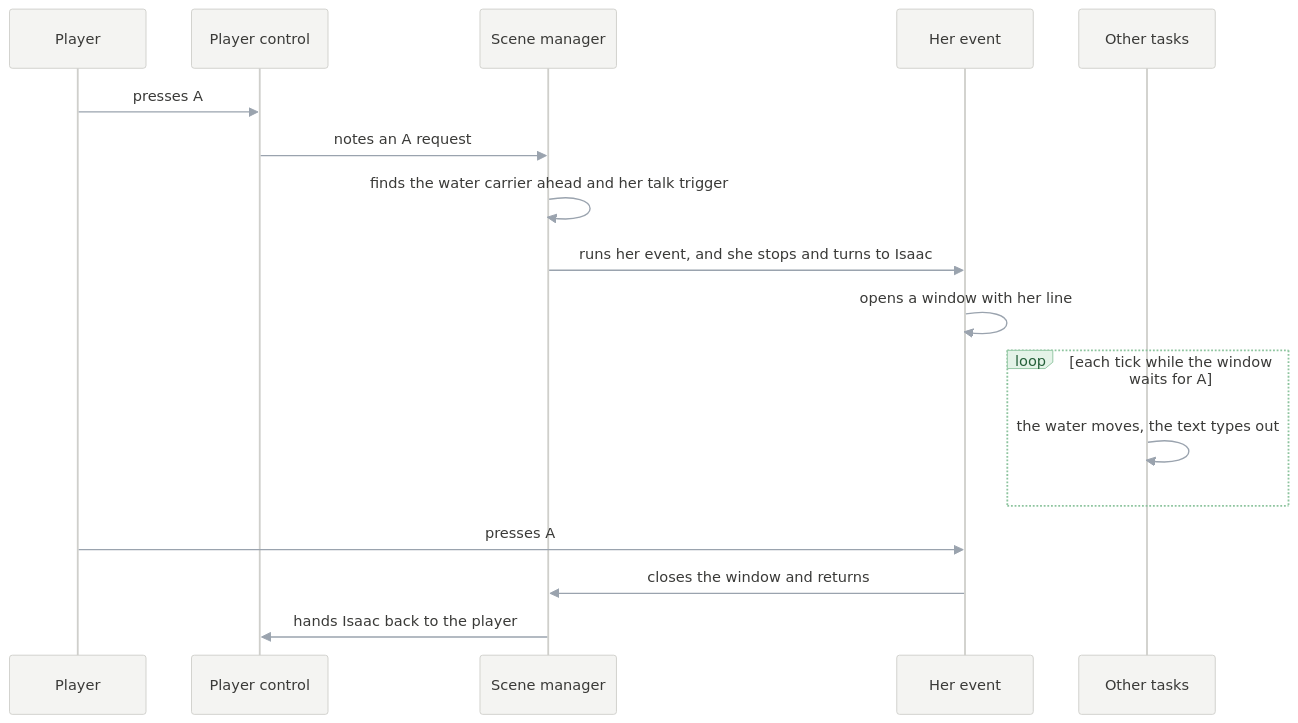
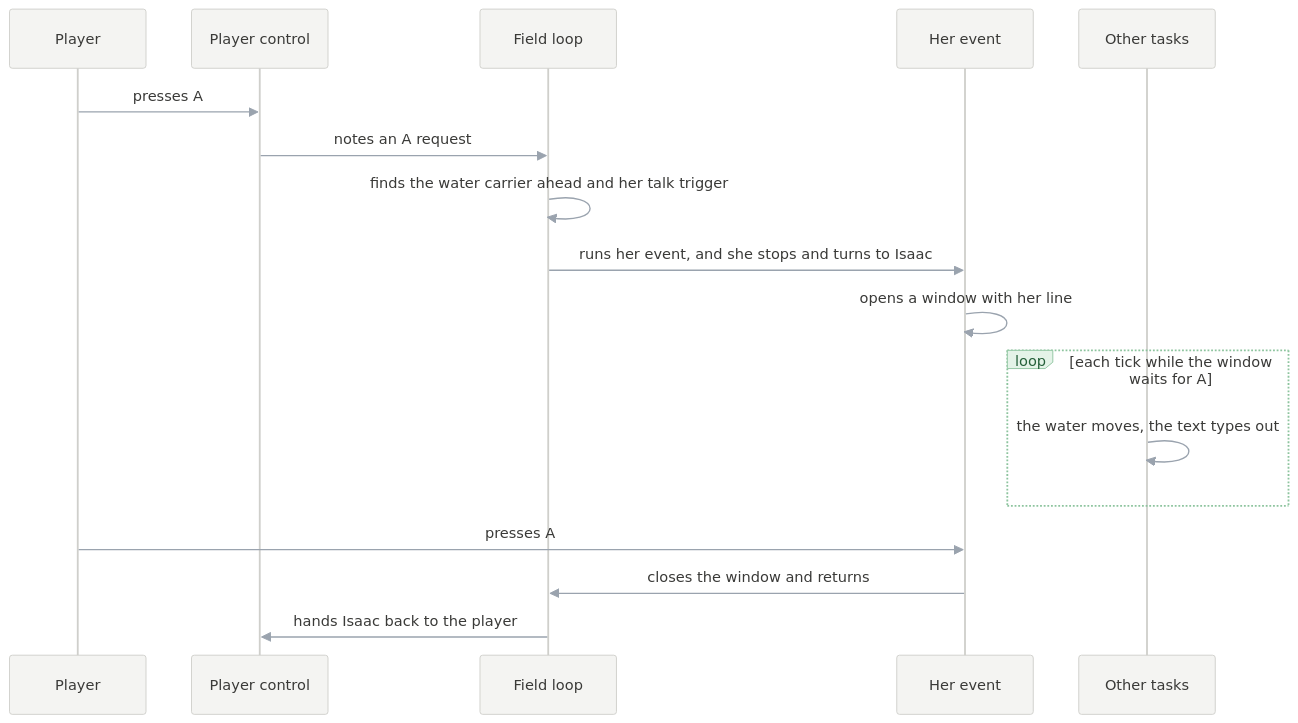
One commit to PascalPixel/alchemy changed the ninth of 9 diagrams in games/tbs/README.md. Above: the diagram before and after it, drawn with Mermaid. The commit also changed other lines of this file and 31 other files, not shown here.

````diff
--- a/games/tbs/README.md
+++ b/games/tbs/README.md
@@ -389,20 +389,20 @@
 ```mermaid
 %%{init: {"theme": "base", "themeVariables": {"actorBkg": "#F4F4F2", "actorBorder": "#CFCFCB", "actorTextColor": "#3A3A38", "signalColor": "#9AA3AE", "signalTextColor": "#3A3A38", "noteBkgColor": "#FBE7C6", "noteBorderColor": "#E0B46A", "noteTextColor": "#7A5212", "loopTextColor": "#3A3A38", "labelBoxBkgColor": "#E4F3E8", "labelBoxBorderColor": "#8DC49E", "labelTextColor": "#25603A"}}}%%
 sequenceDiagram
   participant P as Player
   participant C as Player control
-  participant M as Scene manager
+  participant M as Field loop
   participant E as Her event
   participant T as Other tasks
   P->>C: presses A
   C->>M: notes an A request
   M->>M: finds the water carrier ahead and her talk trigger
   M->>E: runs her event, and she stops and turns to Isaac
   E->>E: opens a window with her line
   loop each tick while the window waits for A
     T->>T: the water moves, the text types out
   end
   P->>E: presses A
   E->>M: closes the window and returns
   M->>C: hands Isaac back to the player
 ```
````
